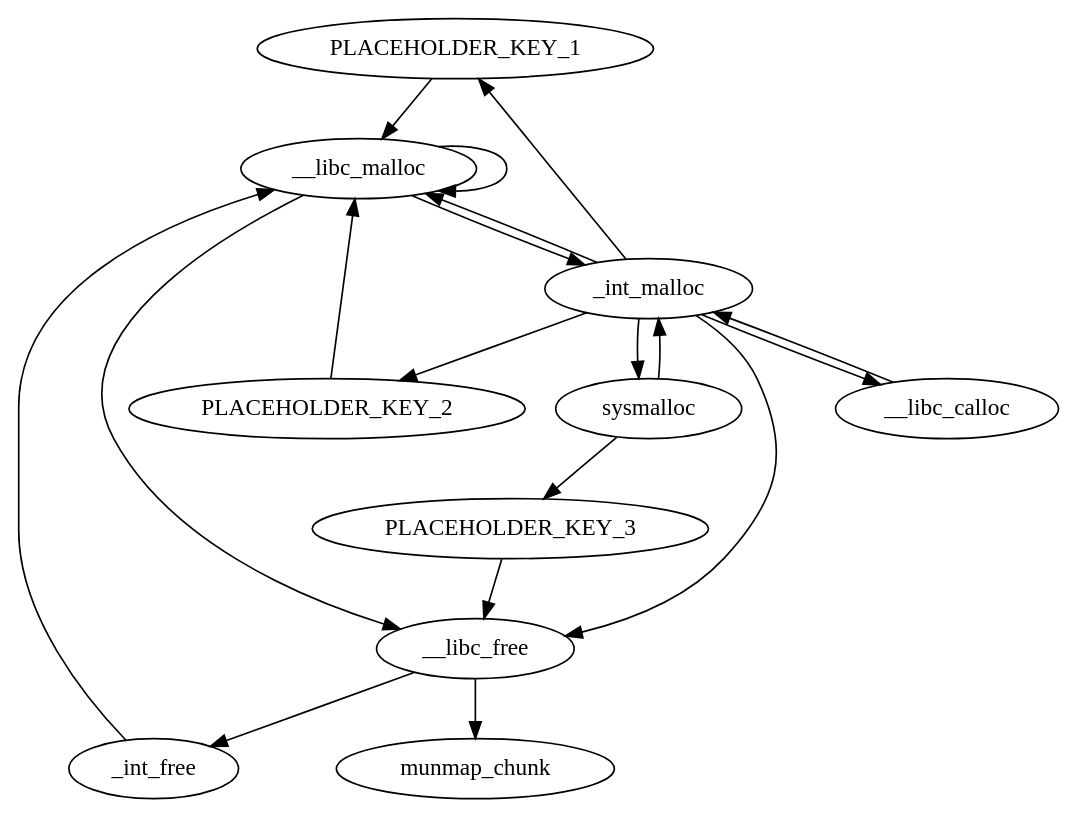
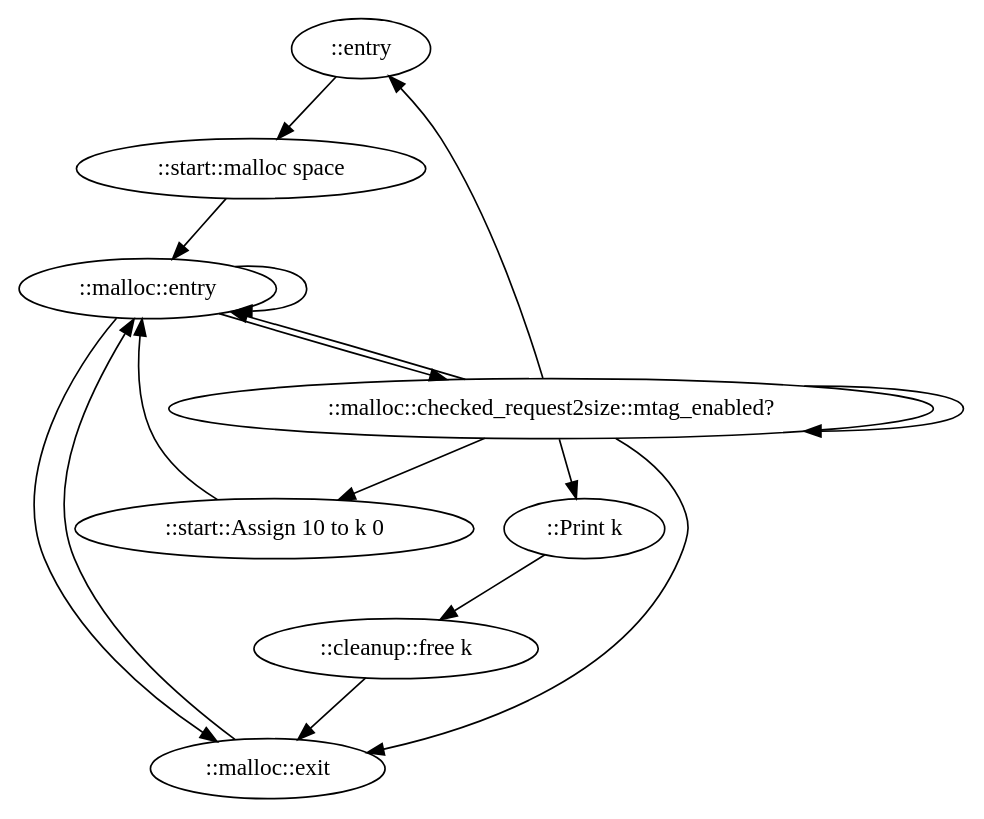
Before and after one commit to zaporter/Explorant: the diagram in test.dot, drawn with Graphviz. The commit also changed 14 other files, not shown here.

```diff
--- a/test.dot
+++ b/test.dot
@@ -1,30 +1,25 @@
 digraph example1 {
-    N4200116[label="PLACEHOLDER_KEY_1"];
-    N4200144[label="PLACEHOLDER_KEY_2"];
-    N4200168[label="PLACEHOLDER_KEY_3"];
-    N4246544[label="munmap_chunk"];
-    N4252352[label="_int_free"];
-    N4254816[label="sysmalloc"];
-    N4257056[label="_int_malloc"];
-    N4262704[label="__libc_malloc"];
-    N4264096[label="__libc_free"];
-    N4266160[label="__libc_calloc"];
-    N4200116 -> N4262704[label=""];
-    N4200144 -> N4262704[label=""];
-    N4200168 -> N4264096[label=""];
-    N4252352 -> N4262704[label=""];
-    N4254816 -> N4200168[label=""];
-    N4254816 -> N4257056[label=""];
-    N4257056 -> N4200116[label=""];
-    N4257056 -> N4200144[label=""];
-    N4257056 -> N4254816[label=""];
-    N4257056 -> N4262704[label=""];
-    N4257056 -> N4264096[label=""];
-    N4257056 -> N4266160[label=""];
-    N4262704 -> N4257056[label=""];
-    N4262704 -> N4262704[label=""];
-    N4262704 -> N4264096[label=""];
-    N4264096 -> N4246544[label=""];
-    N4264096 -> N4252352[label=""];
-    N4266160 -> N4257056[label=""];
+    N4200101[label="::entry"];
+    N4200116[label="::start::malloc space"];
+    N4200144[label="::start::Assign 10 to k 0"];
+    N4200158[label="::Print k"];
+    N4200168[label="::cleanup::free k"];
+    N4257076[label="::malloc::checked_request2size::mtag_enabled?"];
+    N4262726[label="::malloc::entry"];
+    N4264105[label="::malloc::exit"];
+    N4200101 -> N4200116[label=""];
+    N4200116 -> N4262726[label=""];
+    N4200144 -> N4262726[label=""];
+    N4200158 -> N4200168[label=""];
+    N4200168 -> N4264105[label=""];
+    N4257076 -> N4200101[label=""];
+    N4257076 -> N4200144[label=""];
+    N4257076 -> N4200158[label=""];
+    N4257076 -> N4257076[label=""];
+    N4257076 -> N4262726[label=""];
+    N4257076 -> N4264105[label=""];
+    N4262726 -> N4257076[label=""];
+    N4262726 -> N4262726[label=""];
+    N4262726 -> N4264105[label=""];
+    N4264105 -> N4262726[label=""];
 }
```
